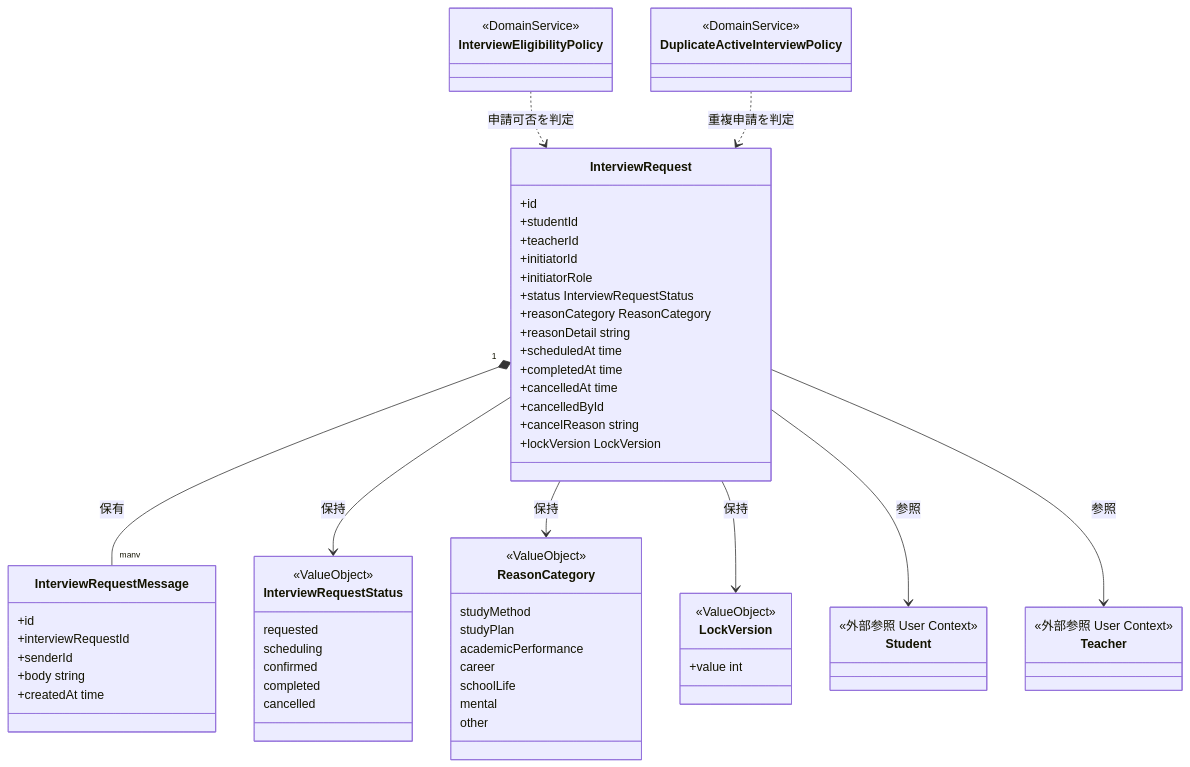
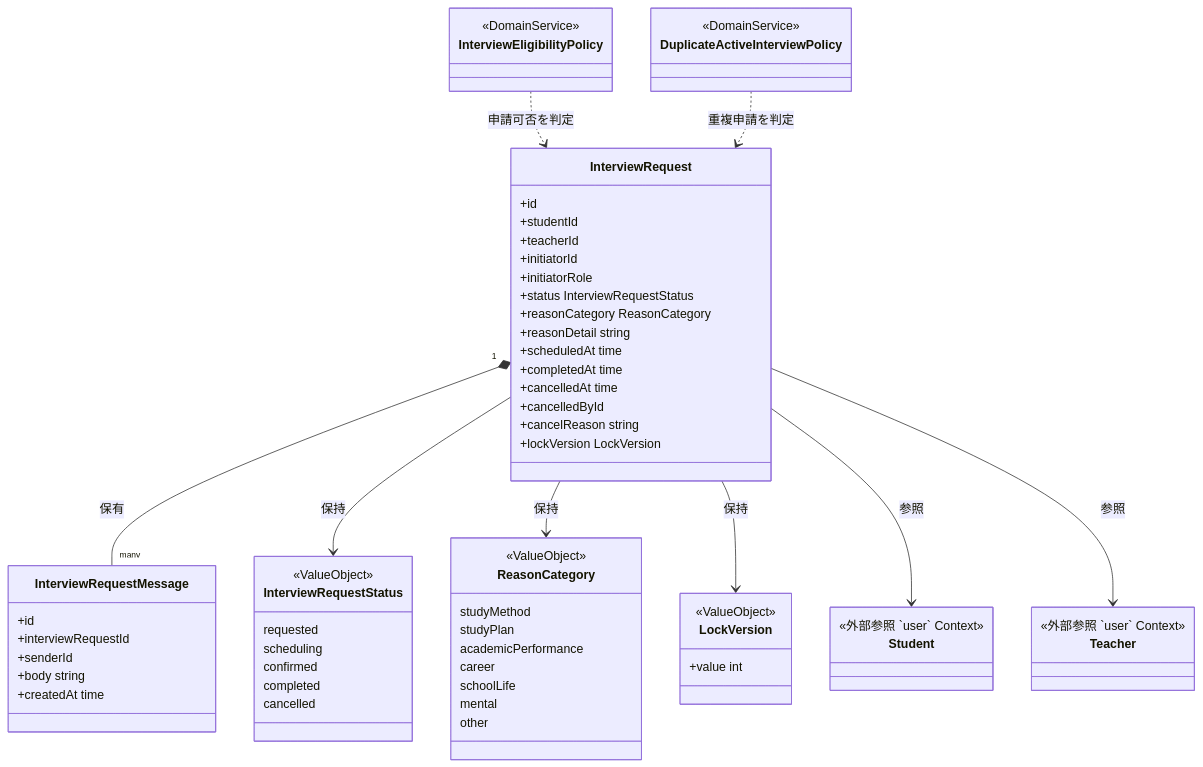
One commit to yuta20253/edu-platform-go-design changed the first of 5 diagrams in 計画書/GO移行・設計仕様書/教師面談機能_Go移行・設計仕様書.md. Above: the diagram before and after it, drawn with Mermaid. The commit also changed other lines of this file and 46 other files, not shown here.

````diff
--- a/計画書/GO移行・設計仕様書/教師面談機能_Go移行・設計仕様書.md
+++ b/計画書/GO移行・設計仕様書/教師面談機能_Go移行・設計仕様書.md
@@ -201,69 +201,69 @@
 ```mermaid
 classDiagram
     class InterviewRequest {
       +id
       +studentId
       +teacherId
       +initiatorId
       +initiatorRole
       +status InterviewRequestStatus
       +reasonCategory ReasonCategory
       +reasonDetail string
       +scheduledAt time
       +completedAt time
       +cancelledAt time
       +cancelledById
       +cancelReason string
       +lockVersion LockVersion
     }
     class InterviewRequestMessage {
       +id
       +interviewRequestId
       +senderId
       +body string
       +createdAt time
     }
     class InterviewRequestStatus {
       <<ValueObject>>
       requested
       scheduling
       confirmed
       completed
       cancelled
     }
     class ReasonCategory {
       <<ValueObject>>
       studyMethod
       studyPlan
       academicPerformance
       career
       schoolLife
       mental
       other
     }
     class LockVersion {
       <<ValueObject>>
       +value int
     }
     class InterviewEligibilityPolicy {
       <<DomainService>>
     }
     class DuplicateActiveInterviewPolicy {
       <<DomainService>>
     }
     class Student {
-      <<外部参照 User Context>>
+      <<外部参照 `user` Context>>
     }
     class Teacher {
-      <<外部参照 User Context>>
+      <<外部参照 `user` Context>>
     }
 
     InterviewRequest "1" *-- "many" InterviewRequestMessage : 保有
     InterviewRequest --> InterviewRequestStatus : 保持
     InterviewRequest --> ReasonCategory : 保持
     InterviewRequest --> LockVersion : 保持
     InterviewRequest --> Student : 参照
     InterviewRequest --> Teacher : 参照
     InterviewEligibilityPolicy ..> InterviewRequest : 申請可否を判定
     DuplicateActiveInterviewPolicy ..> InterviewRequest : 重複申請を判定
 ```
````
